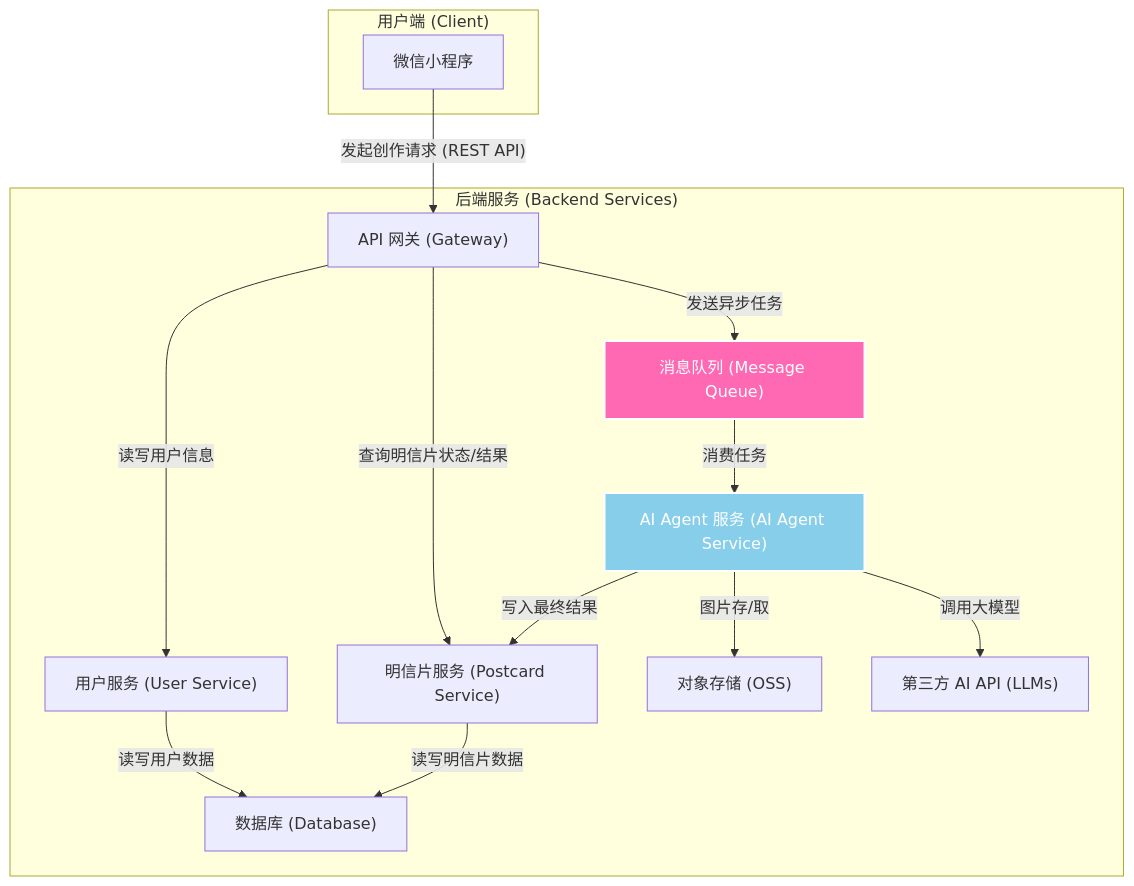
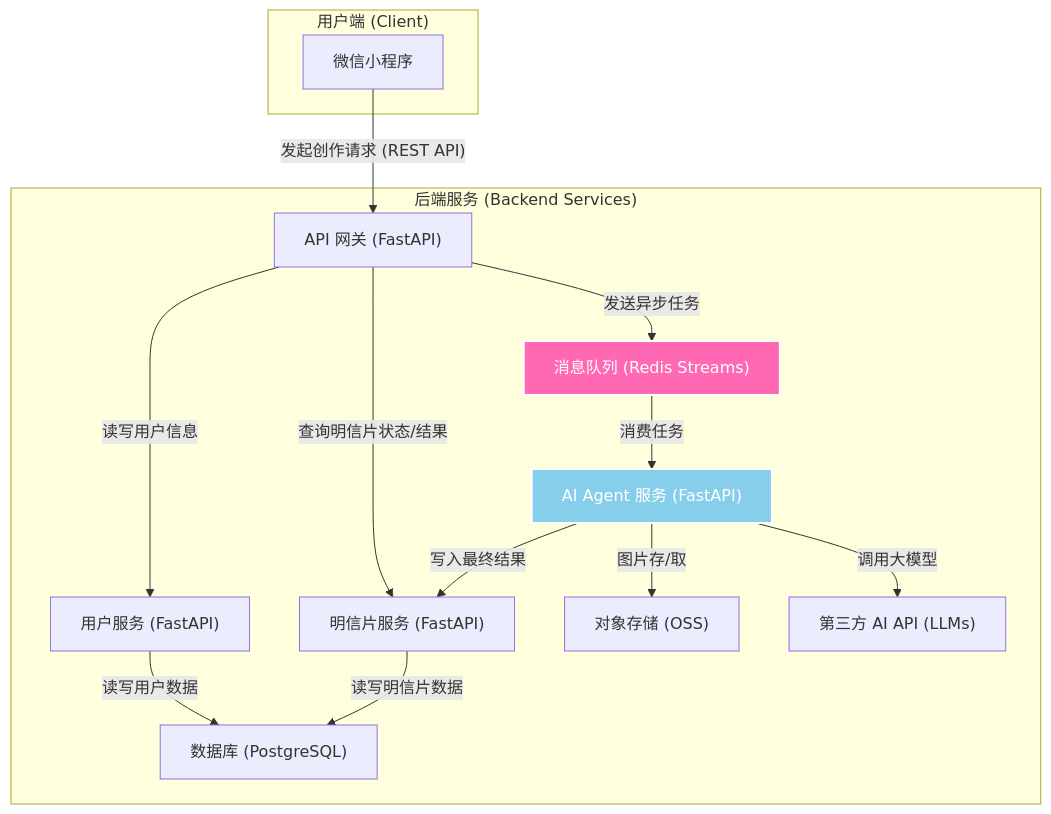
The first of 2 diagrams in docs/design/00-system-architecture.md (kobeee/ai-postcard), drawn with Mermaid before and after one commit. The commit also changed other lines of this file and 50 other files, not shown here.

````diff
--- a/docs/design/00-system-architecture.md
+++ b/docs/design/00-system-architecture.md
@@ -12,32 +12,32 @@
 ```mermaid
 graph TD
     subgraph "用户端 (Client)"
         A["微信小程序"]
     end
 
     subgraph "后端服务 (Backend Services)"
-        B["API 网关 (Gateway)"]
-        C["用户服务 (User Service)"]
-        D["明信片服务 (Postcard Service)"]
-        E["AI Agent 服务 (AI Agent Service)"]
-        F["消息队列 (Message Queue)"]
-        G["数据库 (Database)"]
+        B["API 网关 (FastAPI)"]
+        C["用户服务 (FastAPI)"]
+        D["明信片服务 (FastAPI)"]
+        E["AI Agent 服务 (FastAPI)"]
+        F["消息队列 (Redis Streams)"]
+        G["数据库 (PostgreSQL)"]
         H["对象存储 (OSS)"]
         I["第三方 AI API (LLMs)"]
 
         B -- "读写用户信息" --> C
         B -- "查询明信片状态/结果" --> D
         B -- "发送异步任务" --> F
         F -- "消费任务" --> E
         E -- "调用大模型" --> I
         E -- "图片存/取" --> H
         E -- "写入最终结果" --> D
         C -- "读写用户数据" --> G
         D -- "读写明信片数据" --> G
     end
 
     A -- "发起创作请求 (REST API)" --> B
     
     style F fill:#FF69B4,stroke:#fff,stroke-width:2px,color:#fff
     style E fill:#87CEEB,stroke:#fff,stroke-width:2px,color:#fff
 ```
````
